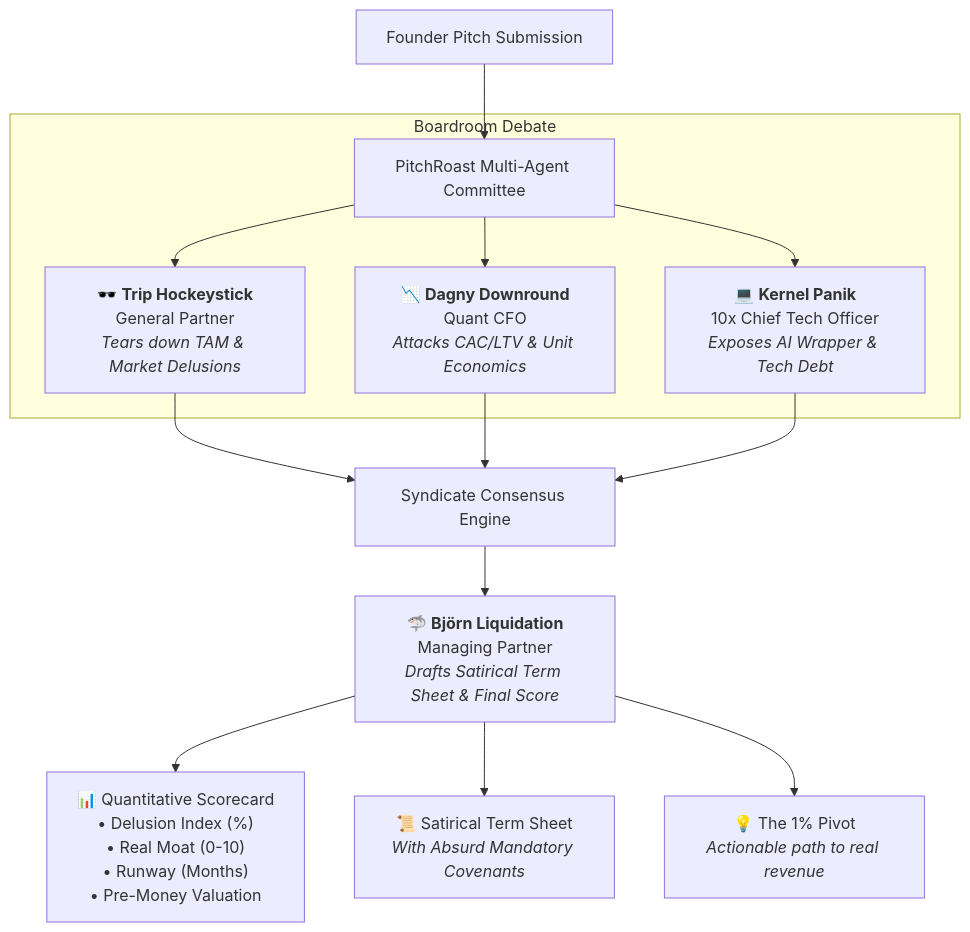
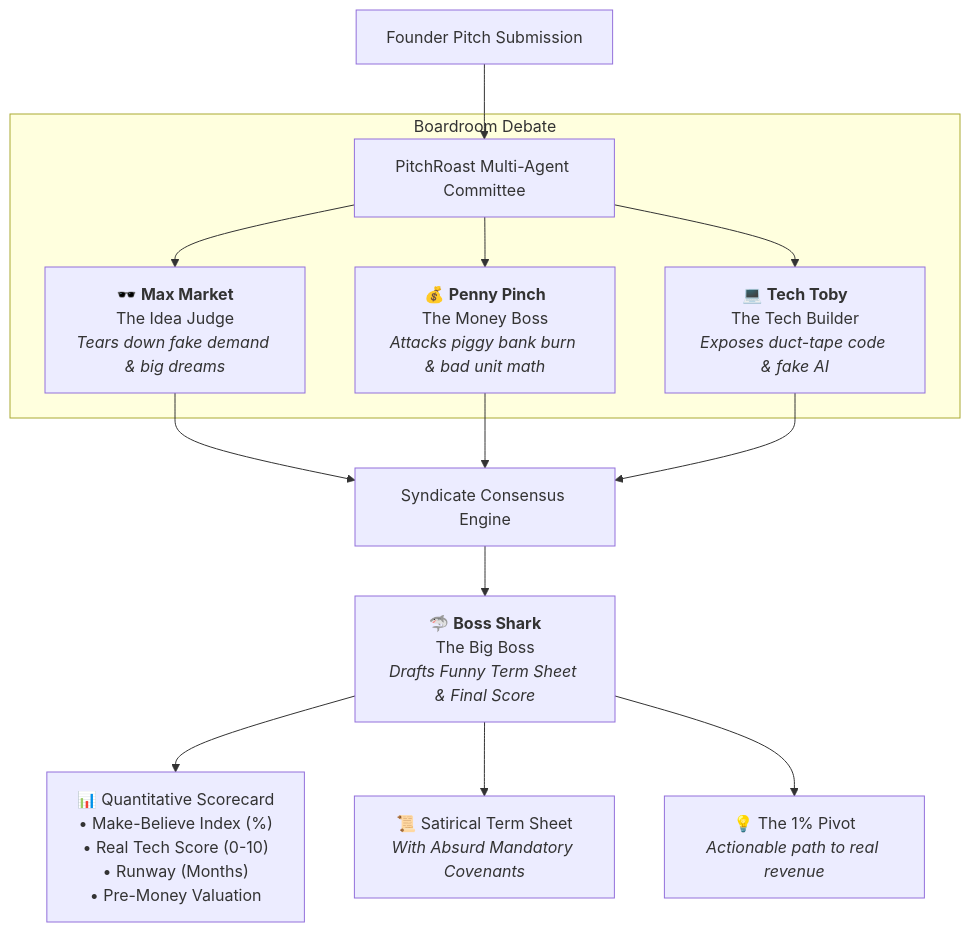
Before and after one commit to akkireddy-challa/pitchroast: the diagram in README.md, drawn with Mermaid. The commit also changed other lines of this file, not shown here.

````diff
--- a/README.md
+++ b/README.md
@@ -27,20 +27,20 @@
 ```mermaid
 graph TD
     A[Founder Pitch Submission] --> B[PitchRoast Multi-Agent Committee]
     
     subgraph Boardroom Debate
-        B --> C["🕶️ <b>Trip Hockeystick</b><br>General Partner<br><i>Tears down TAM & Market Delusions</i>"]
-        B --> D["📉 <b>Dagny Downround</b><br>Quant CFO<br><i>Attacks CAC/LTV & Unit Economics</i>"]
-        B --> E["💻 <b>Kernel Panik</b><br>10x Chief Tech Officer<br><i>Exposes AI Wrapper & Tech Debt</i>"]
+        B --> C["🕶️ <b>Max Market</b><br>The Idea Judge<br><i>Tears down fake demand & big dreams</i>"]
+        B --> D["💰 <b>Penny Pinch</b><br>The Money Boss<br><i>Attacks piggy bank burn & bad unit math</i>"]
+        B --> E["💻 <b>Tech Toby</b><br>The Tech Builder<br><i>Exposes duct-tape code & fake AI</i>"]
     end
 
     C --> F[Syndicate Consensus Engine]
     D --> F
     E --> F
 
-    F --> G["🦈 <b>Björn Liquidation</b><br>Managing Partner<br><i>Drafts Satirical Term Sheet & Final Score</i>"]
+    F --> G["🦈 <b>Boss Shark</b><br>The Big Boss<br><i>Drafts Funny Term Sheet & Final Score</i>"]
     
-    G --> H["📊 Quantitative Scorecard<br>• Delusion Index (%)<br>• Real Moat (0-10)<br>• Runway (Months)<br>• Pre-Money Valuation"]
+    G --> H["📊 Quantitative Scorecard<br>• Make-Believe Index (%)<br>• Real Tech Score (0-10)<br>• Runway (Months)<br>• Pre-Money Valuation"]
     G --> I["📜 Satirical Term Sheet<br><i>With Absurd Mandatory Covenants</i>"]
     G --> J["💡 The 1% Pivot<br><i>Actionable path to real revenue</i>"]
 ```
````
